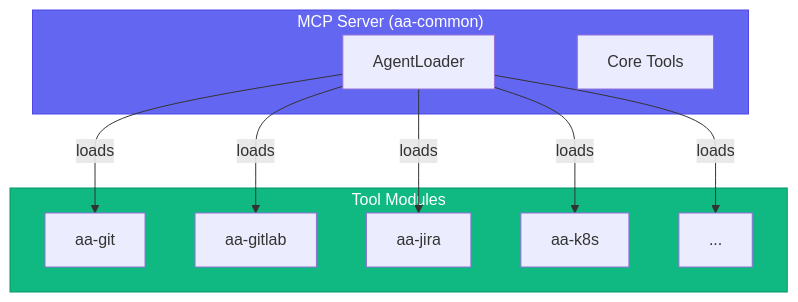
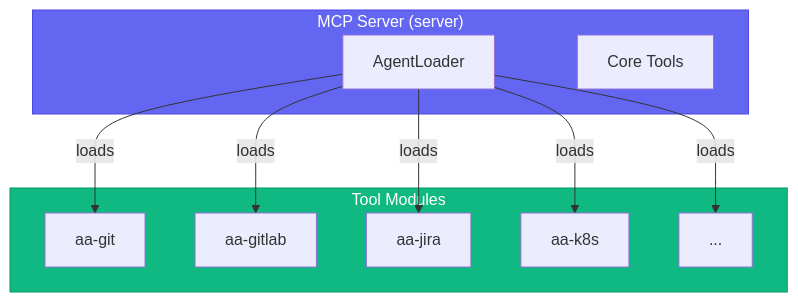
Before and after one commit to dmzoneill/redhat-ai-workflow: the diagram in docs/tool-modules/README.md, drawn with Mermaid. The commit also changed other lines of this file and 2433 other files, not shown here.

````diff
--- a/docs/tool-modules/README.md
+++ b/docs/tool-modules/README.md
@@ -32,24 +34,24 @@
 ```mermaid
 graph TB
-    subgraph MCP["MCP Server (aa-common)"]
+    subgraph MCP["MCP Server (server)"]
         LOADER[AgentLoader]
         CORE[Core Tools]
     end
 
     subgraph MODULES["Tool Modules"]
         GIT[aa-git]
         GITLAB[aa-gitlab]
         JIRA[aa-jira]
         K8S[aa-k8s]
         MORE[...]
     end
 
     LOADER --> |loads| GIT
     LOADER --> |loads| GITLAB
     LOADER --> |loads| JIRA
     LOADER --> |loads| K8S
     LOADER --> |loads| MORE
 
     style MCP fill:#6366f1,stroke:#4f46e5,color:#fff
     style MODULES fill:#10b981,stroke:#059669,color:#fff
 ```
````
